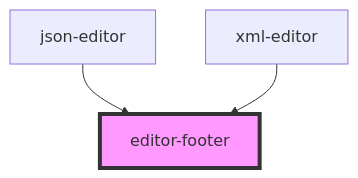
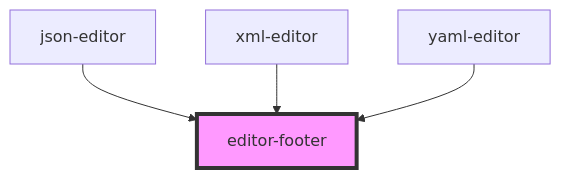
Before and after one commit to DraganP1996/webeditors: the diagram in packages/webeditors/src/components/editor-footer/readme.md, drawn with Mermaid. The commit also changed other lines of this file and 14 other files, not shown here.

Commit message:
YAML Editor added

````diff
--- a/packages/webeditors/src/components/editor-footer/readme.md
+++ b/packages/webeditors/src/components/editor-footer/readme.md
@@ -25,6 +26,7 @@
 ```mermaid
 graph TD;
   json-editor --> editor-footer
   xml-editor --> editor-footer
+  yaml-editor --> editor-footer
   style editor-footer fill:#f9f,stroke:#333,stroke-width:4px
 ```
````
